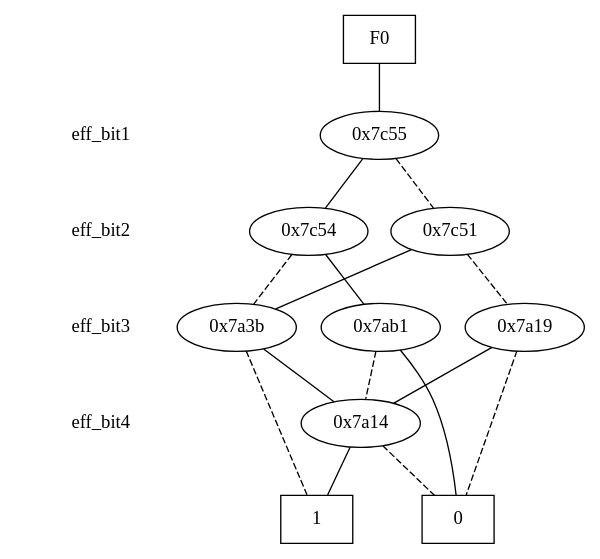
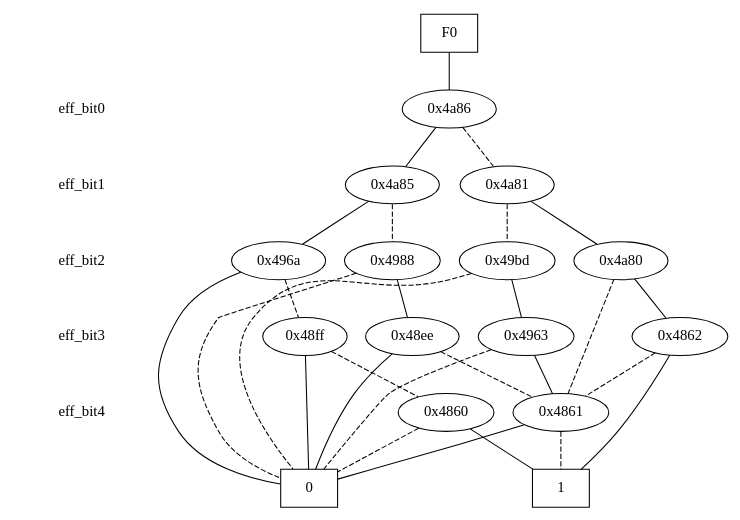
The diagram in bdd.dot (galvusdamor/downward-hm), drawn with Graphviz before and after one commit. The commit also changed 11 other files, not shown here.

```diff
--- a/bdd.dot
+++ b/bdd.dot
@@ -1,49 +1,69 @@
 digraph "DD" {
 size = "7.5,10"
 center = true;
 edge [dir = none];
 { node [shape = plaintext];
   edge [style = invis];
   "CONST NODES" [style = invis];
-" eff_bit1 " -> " eff_bit2 " -> " eff_bit3 " -> " eff_bit4 " -> "CONST NODES"; 
+" eff_bit0 " -> " eff_bit1 " -> " eff_bit2 " -> " eff_bit3 " -> " eff_bit4 " -> "CONST NODES"; 
 }
 { rank = same; node [shape = box]; edge [style = invis];
 "F0"; }
+{ rank = same; " eff_bit0 ";
+"0x4a86";
+}
 { rank = same; " eff_bit1 ";
-"0x7c55";
+"0x4a81";
+"0x4a85";
 }
 { rank = same; " eff_bit2 ";
-"0x7c51";
-"0x7c54";
+"0x4a80";
+"0x496a";
+"0x4988";
+"0x49bd";
 }
 { rank = same; " eff_bit3 ";
-"0x7ab1";
-"0x7a3b";
-"0x7a19";
+"0x48ff";
+"0x48ee";
+"0x4963";
+"0x4862";
 }
 { rank = same; " eff_bit4 ";
-"0x7a14";
+"0x4860";
+"0x4861";
 }
 { rank = same; "CONST NODES";
-{ node [shape = box]; "0x70fa";
-"0x70f9";
+{ node [shape = box]; "0x3ffa";
+"0x3ff9";
 }
 }
-"F0" -> "0x7c55" [style = solid];
-"0x7c55" -> "0x7c54";
-"0x7c55" -> "0x7c51" [style = dashed];
-"0x7c51" -> "0x7a3b";
-"0x7c51" -> "0x7a19" [style = dashed];
-"0x7c54" -> "0x7ab1";
-"0x7c54" -> "0x7a3b" [style = dashed];
-"0x7ab1" -> "0x70fa";
-"0x7ab1" -> "0x7a14" [style = dashed];
-"0x7a3b" -> "0x7a14";
-"0x7a3b" -> "0x70f9" [style = dashed];
-"0x7a19" -> "0x7a14";
-"0x7a19" -> "0x70fa" [style = dashed];
-"0x7a14" -> "0x70f9";
-"0x7a14" -> "0x70fa" [style = dashed];
-"0x70fa" [label = "0"];
-"0x70f9" [label = "1"];
+"F0" -> "0x4a86" [style = solid];
+"0x4a86" -> "0x4a85";
+"0x4a86" -> "0x4a81" [style = dashed];
+"0x4a81" -> "0x4a80";
+"0x4a81" -> "0x49bd" [style = dashed];
+"0x4a85" -> "0x496a";
+"0x4a85" -> "0x4988" [style = dashed];
+"0x4a80" -> "0x4862";
+"0x4a80" -> "0x4861" [style = dashed];
+"0x496a" -> "0x3ffa";
+"0x496a" -> "0x48ff" [style = dashed];
+"0x4988" -> "0x48ee";
+"0x4988" -> "0x3ffa" [style = dashed];
+"0x49bd" -> "0x4963";
+"0x49bd" -> "0x3ffa" [style = dashed];
+"0x48ff" -> "0x3ffa";
+"0x48ff" -> "0x4860" [style = dashed];
+"0x48ee" -> "0x3ffa";
+"0x48ee" -> "0x4861" [style = dashed];
+"0x4963" -> "0x4861";
+"0x4963" -> "0x3ffa" [style = dashed];
+"0x4862" -> "0x3ff9";
+"0x4862" -> "0x4861" [style = dashed];
+"0x4860" -> "0x3ff9";
+"0x4860" -> "0x3ffa" [style = dashed];
+"0x4861" -> "0x3ffa";
+"0x4861" -> "0x3ff9" [style = dashed];
+"0x3ffa" [label = "0"];
+"0x3ff9" [label = "1"];
 }
```
